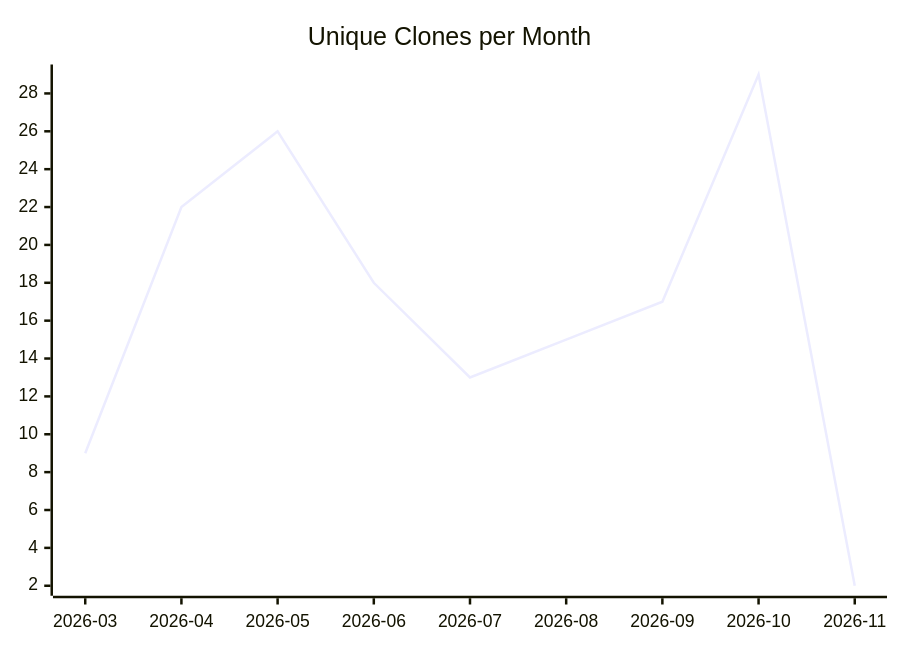
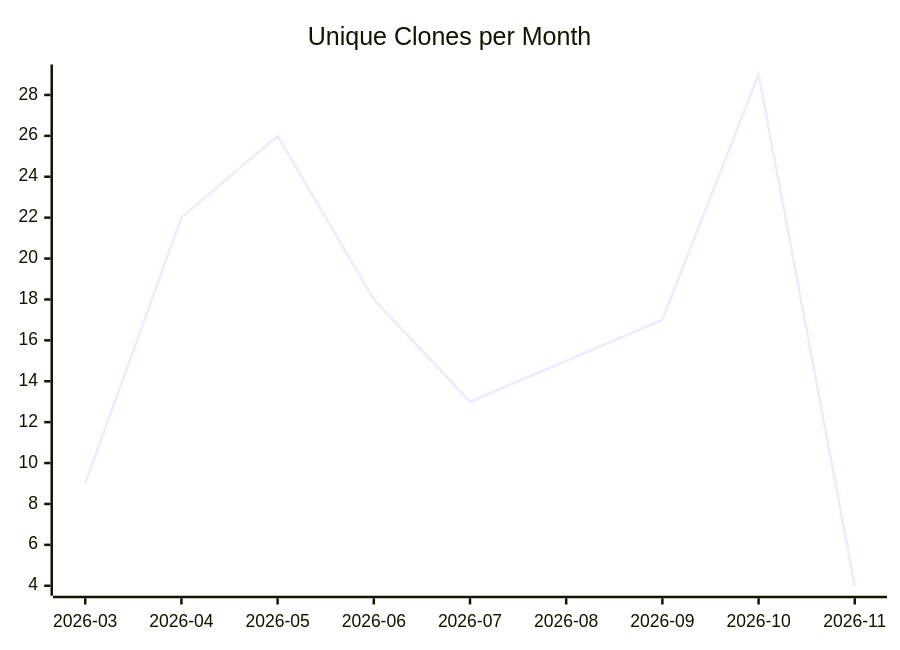
The third of 3 diagrams in karlmdavis/lego-ev3dev-rs/README.md (justdavis-family/github-analytics-data), drawn with Mermaid before and after one commit. The commit also changed other lines of this file and 188 other files, not shown here.

````diff
--- a/karlmdavis/lego-ev3dev-rs/README.md
+++ b/karlmdavis/lego-ev3dev-rs/README.md
@@ -19,6 +19,6 @@
 ```mermaid
 xychart-beta
   title "Unique Clones per Month"
   x-axis ["2026-03", "2026-04", "2026-05", "2026-06", "2026-07", "2026-08", "2026-09", "2026-10", "2026-11"]
-  line [9, 22, 26, 18, 13, 15, 17, 29, 2]
+  line [9, 22, 26, 18, 13, 15, 17, 29, 4]
 ```
````
